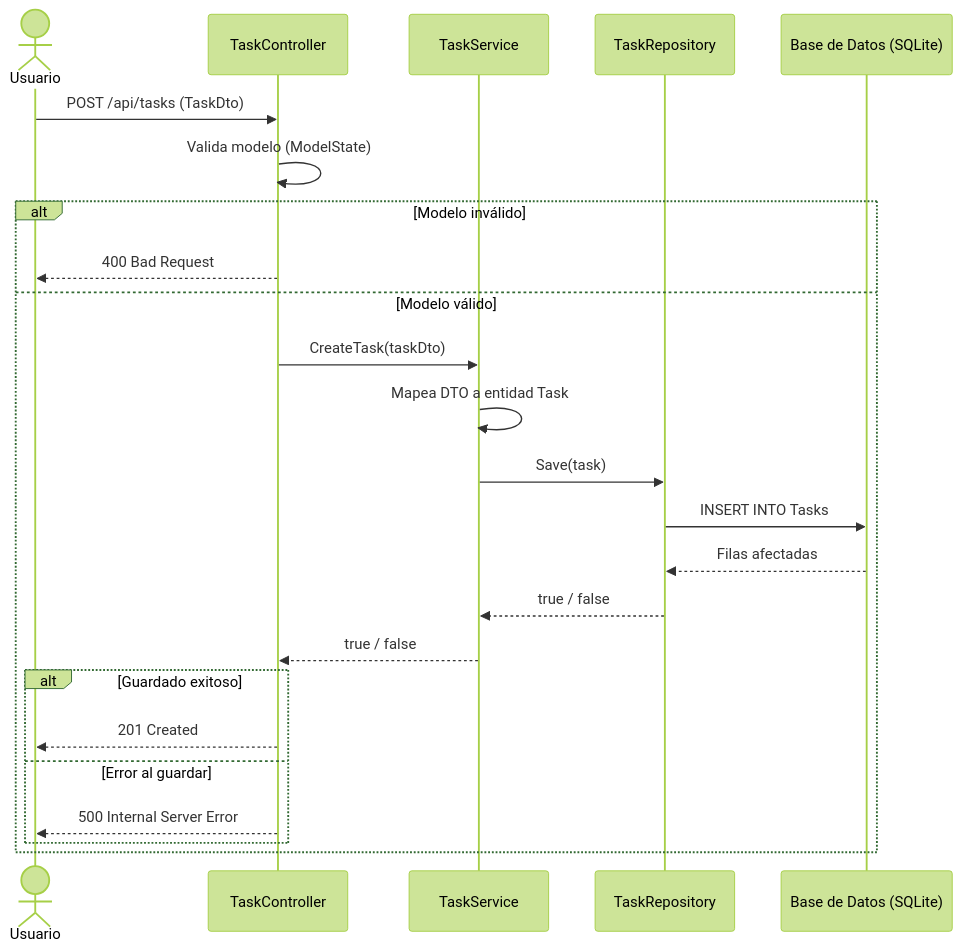
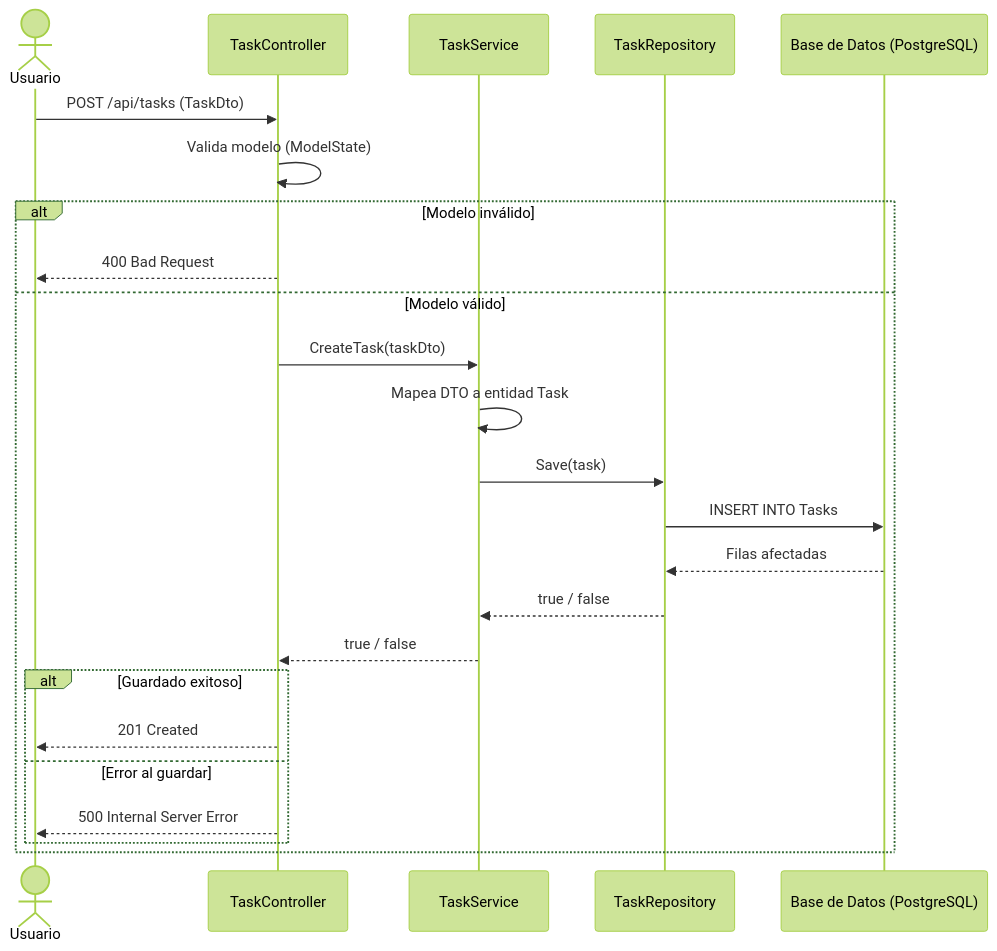
Before and after one commit to kiki-bot-sudo/Arq-Soft-TaskFlow-Enrique: the second of 4 diagrams in ADR-02-Vistas-Arquitectonicas-TaskFlow.md, drawn with Mermaid (forest theme). The commit also changed other lines of this file, not shown here.

````diff
--- a/ADR-02-Vistas-Arquitectonicas-TaskFlow.md
+++ b/ADR-02-Vistas-Arquitectonicas-TaskFlow.md
@@ -104,27 +104,27 @@
 ```mermaid
 sequenceDiagram
     actor Usuario
     participant Controller as TaskController
     participant Service as TaskService
     participant Repository as TaskRepository
-    participant DB as Base de Datos (SQLite)
+    participant DB as Base de Datos (PostgreSQL)
 
     Usuario->>Controller: POST /api/tasks (TaskDto)
     Controller->>Controller: Valida modelo (ModelState)
     alt Modelo inválido
         Controller-->>Usuario: 400 Bad Request
     else Modelo válido
         Controller->>Service: CreateTask(taskDto)
         Service->>Service: Mapea DTO a entidad Task
         Service->>Repository: Save(task)
         Repository->>DB: INSERT INTO Tasks
         DB-->>Repository: Filas afectadas
         Repository-->>Service: true / false
         Service-->>Controller: true / false
         alt Guardado exitoso
             Controller-->>Usuario: 201 Created
         else Error al guardar
             Controller-->>Usuario: 500 Internal Server Error
         end
     end
 ```
````
